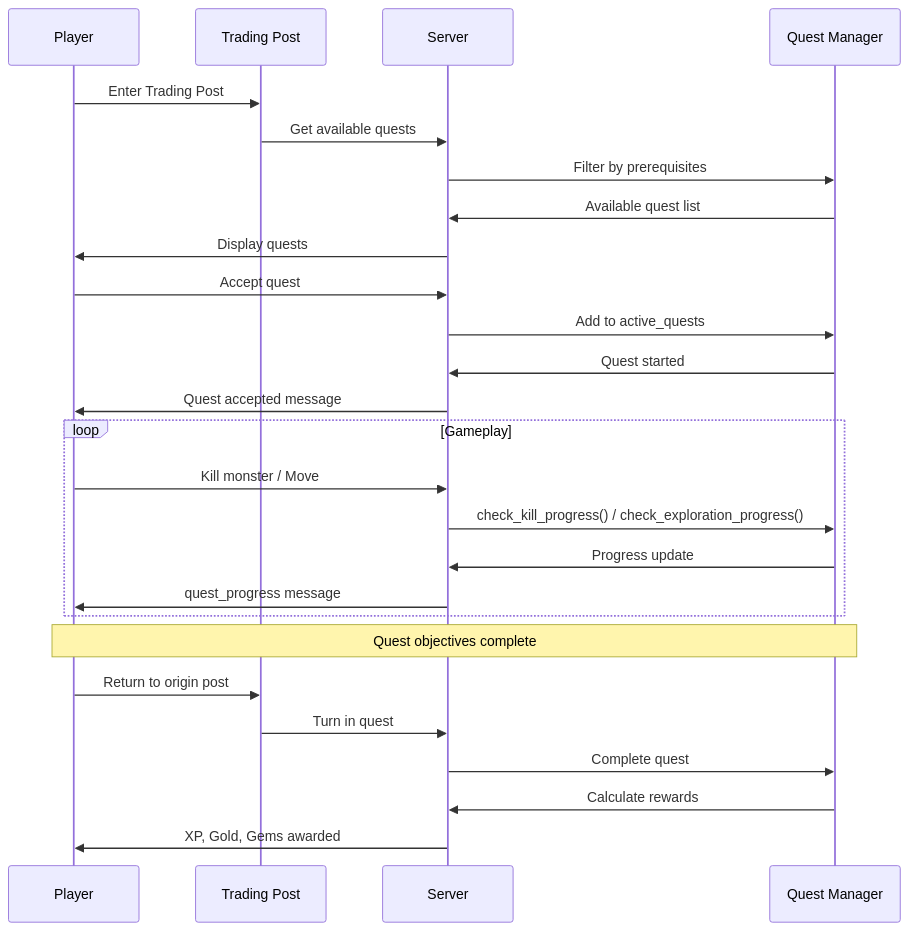
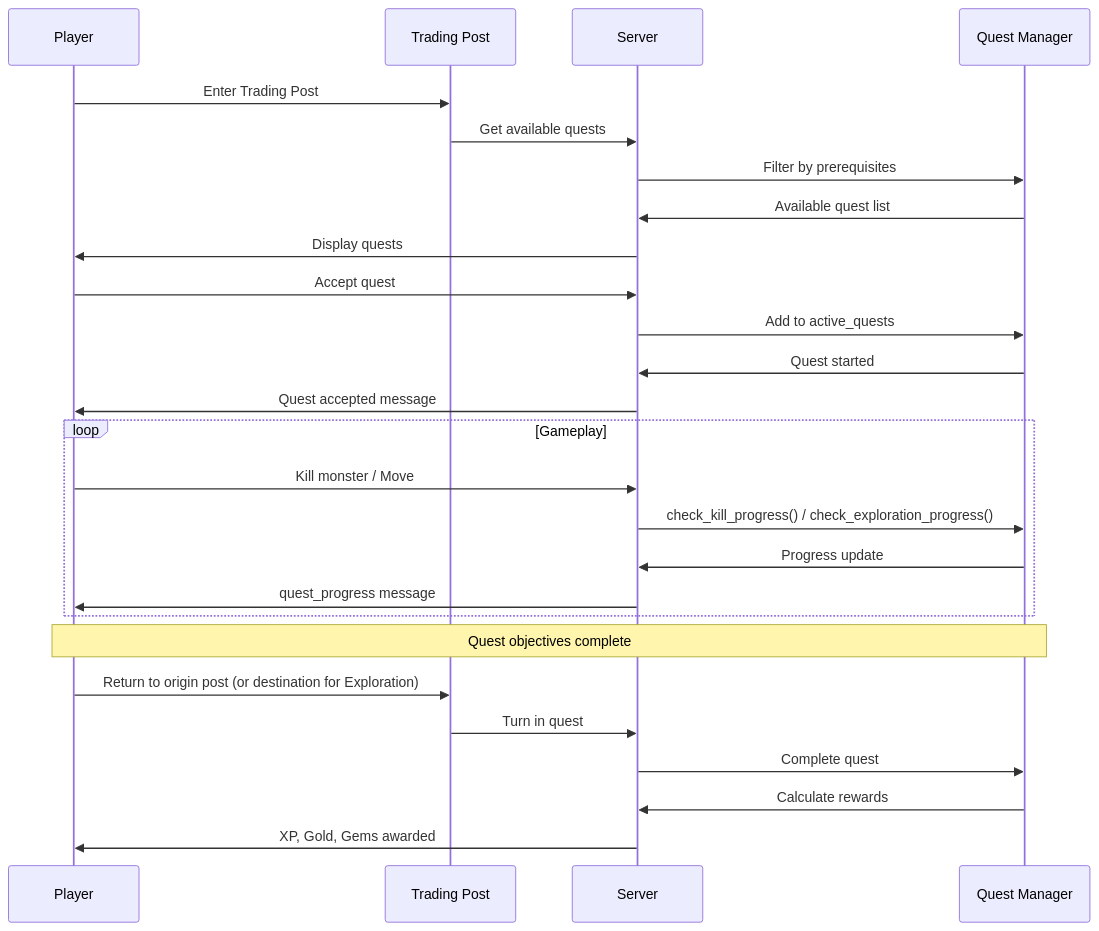
Before and after one commit to Dextobust33/Phantom-Badlands: the second of 6 diagrams in docs/quest-system.md, drawn with Mermaid. The commit also changed other lines of this file and 7 other files, not shown here.

````diff
--- a/docs/quest-system.md
+++ b/docs/quest-system.md
@@ -26,33 +28,33 @@
 ```mermaid
 sequenceDiagram
     participant P as Player
     participant TP as Trading Post
     participant S as Server
     participant Q as Quest Manager
 
     P->>TP: Enter Trading Post
     TP->>S: Get available quests
     S->>Q: Filter by prerequisites
     Q->>S: Available quest list
     S->>P: Display quests
 
     P->>S: Accept quest
     S->>Q: Add to active_quests
     Q->>S: Quest started
     S->>P: Quest accepted message
 
     loop Gameplay
         P->>S: Kill monster / Move
         S->>Q: check_kill_progress() / check_exploration_progress()
         Q->>S: Progress update
         S->>P: quest_progress message
     end
 
     Note over P,Q: Quest objectives complete
 
-    P->>TP: Return to origin post
+    P->>TP: Return to origin post (or destination for Exploration)
     TP->>S: Turn in quest
     S->>Q: Complete quest
     Q->>S: Calculate rewards
     S->>P: XP, Gold, Gems awarded
 ```
````
